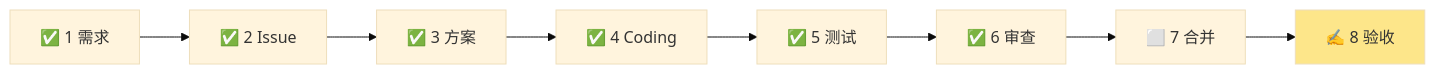
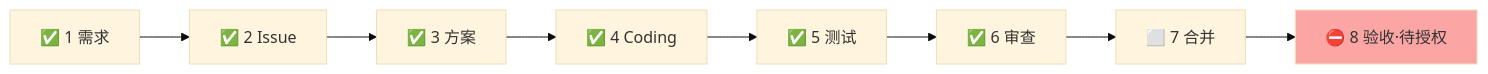
One commit to yinhui198456/ai-coding-playbook changed the diagram in content/cases/issue-194-member-core-flow.md. Above: the diagram before and after it, drawn with Mermaid (base theme). The commit also changed other lines of this file and 1 other file, not shown here.

````diff
--- a/content/cases/issue-194-member-core-flow.md
+++ b/content/cases/issue-194-member-core-flow.md
@@ -19,5 +19,5 @@
 ```mermaid
 flowchart LR
-    S1["✅ 1 需求"] --> S2["✅ 2 Issue"] --> S3["✅ 3 方案"] --> S4["✅ 4 Coding"] --> S5["✅ 5 测试"] --> S6["✅ 6 审查"] --> S7["⬜ 7 合并"] --> S8["✍️ 8 验收"]
-    style S8 fill:#fde68a
+    S1["✅ 1 需求"] --> S2["✅ 2 Issue"] --> S3["✅ 3 方案"] --> S4["✅ 4 Coding"] --> S5["✅ 5 测试"] --> S6["✅ 6 审查"] --> S7["⬜ 7 合并"] --> S8["⛔ 8 验收·待授权"]
+    style S8 fill:#fca5a5
 ```
````
